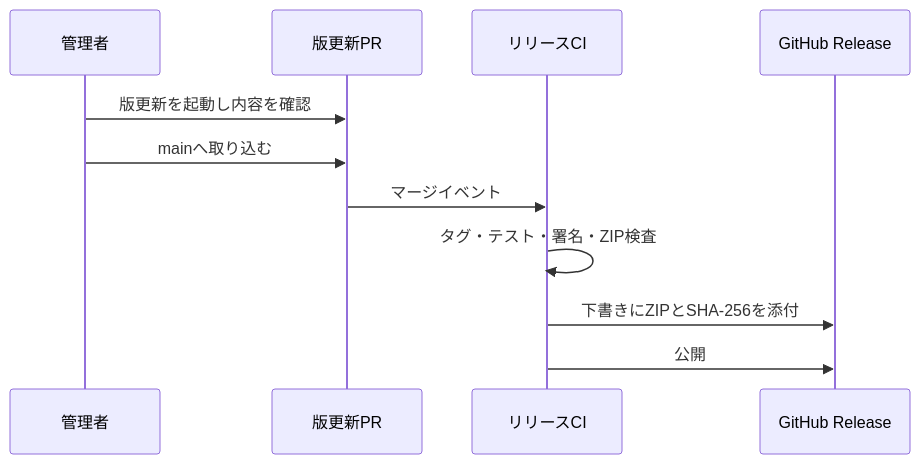
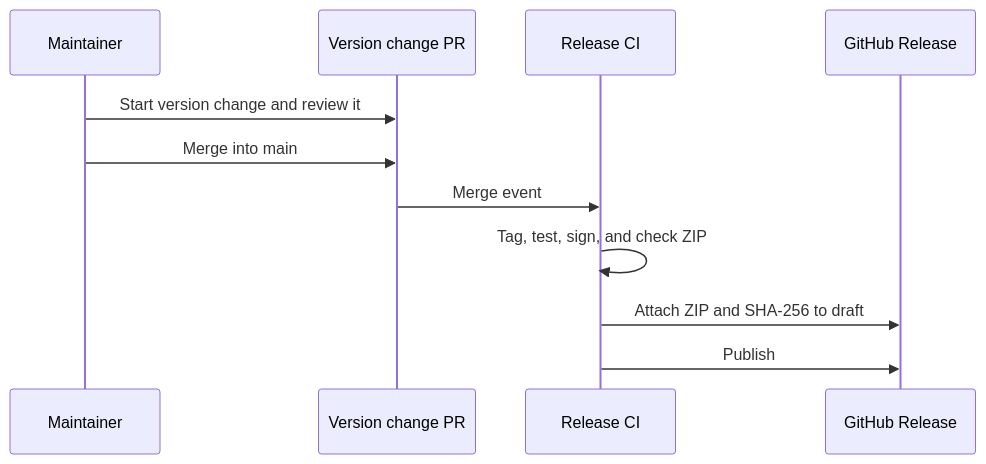
Before and after one commit to azu/chizu: the diagram in docs/products/chizu/features/distribution/design.md, drawn with Mermaid. The commit also changed other lines of this file and 18 other files, not shown here.

````diff
--- a/docs/products/chizu/features/distribution/design.md
+++ b/docs/products/chizu/features/distribution/design.md
@@ -31,13 +33,13 @@
 ```mermaid
 sequenceDiagram
-    participant Maintainer as 管理者
-    participant PR as 版更新PR
-    participant CI as リリースCI
+    participant Maintainer
+    participant PR as Version change PR
+    participant CI as Release CI
     participant Release as GitHub Release
-    Maintainer->>PR: 版更新を起動し内容を確認
-    Maintainer->>PR: mainへ取り込む
-    PR->>CI: マージイベント
-    CI->>CI: タグ・テスト・署名・ZIP検査
-    CI->>Release: 下書きにZIPとSHA-256を添付
-    CI->>Release: 公開
+    Maintainer->>PR: Start version change and review it
+    Maintainer->>PR: Merge into main
+    PR->>CI: Merge event
+    CI->>CI: Tag, test, sign, and check ZIP
+    CI->>Release: Attach ZIP and SHA-256 to draft
+    CI->>Release: Publish
 ```
````
